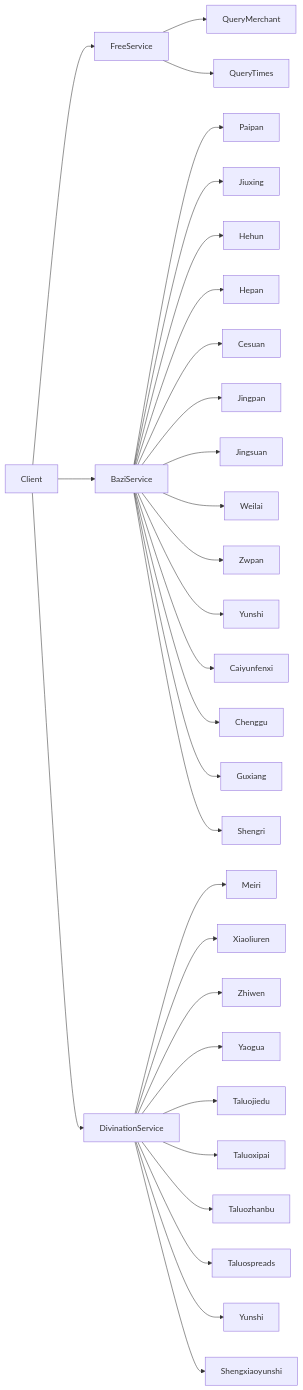
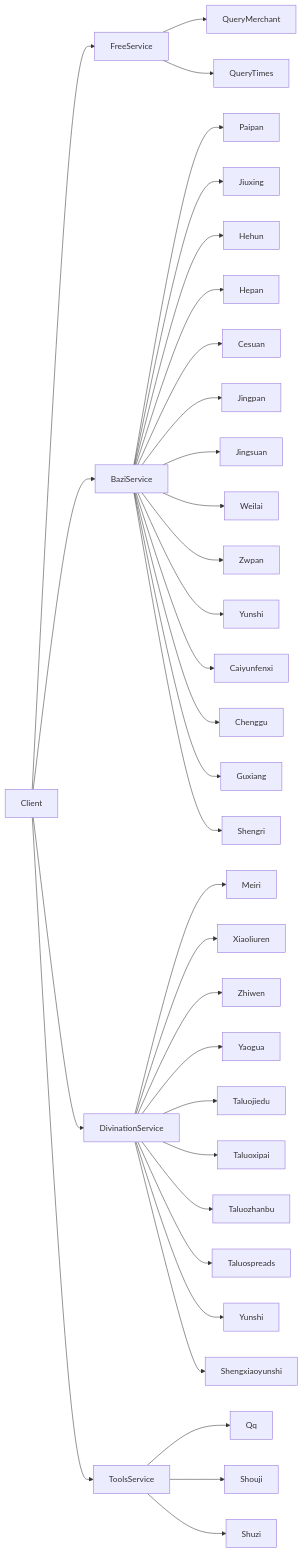
One commit to Scorpio69t/yuanfenju-go-sdk changed the first of 2 diagrams in README.md. Above: the diagram before and after it, drawn with Mermaid. The commit also changed other lines of this file and 6 other files, not shown here.

Commit message:
feat(batch2): add tools service (qq/shouji/shuzi) with typed models validation and tests

````diff
--- a/README.md
+++ b/README.md
@@ -58,35 +59,40 @@
 ```mermaid
 flowchart LR
     A[Client] --> B[FreeService]
     A --> C[BaziService]
     A --> D[DivinationService]
+    A --> E[ToolsService]
 
     B --> B1[QueryMerchant]
     B --> B2[QueryTimes]
 
     C --> C1[Paipan]
     C --> C2[Jiuxing]
     C --> C3[Hehun]
     C --> C4[Hepan]
     C --> C5[Cesuan]
     C --> C6[Jingpan]
     C --> C7[Jingsuan]
     C --> C8[Weilai]
     C --> C9[Zwpan]
     C --> C10[Yunshi]
     C --> C11[Caiyunfenxi]
     C --> C12[Chenggu]
     C --> C13[Guxiang]
     C --> C14[Shengri]
 
     D --> D1[Meiri]
     D --> D2[Xiaoliuren]
     D --> D3[Zhiwen]
     D --> D4[Yaogua]
     D --> D5[Taluojiedu]
     D --> D6[Taluoxipai]
     D --> D7[Taluozhanbu]
     D --> D8[Taluospreads]
     D --> D9[Yunshi]
     D --> D10[Shengxiaoyunshi]
+
+    E --> E1[Qq]
+    E --> E2[Shouji]
+    E --> E3[Shuzi]
 ```
````
